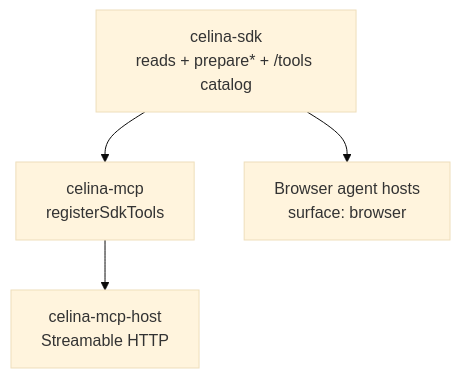
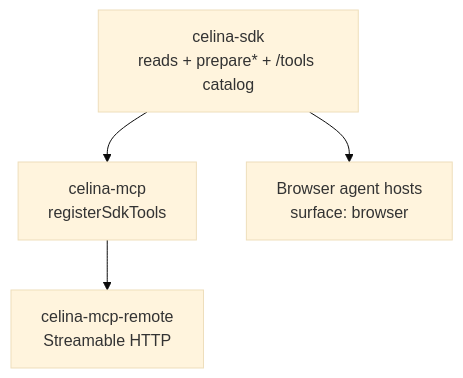
Before and after one commit to andrewkimjoseph/celina-sdk: the second of 2 diagrams in docs/concepts/architecture.md, drawn with Mermaid (base theme). The commit also changed other lines of this file and 2 other files, not shown here.

Commit message:
docs: rename celina-mcp-host references to celina-mcp-remote

````diff
--- a/docs/concepts/architecture.md
+++ b/docs/concepts/architecture.md
@@ -45,11 +45,11 @@
 ```mermaid
 flowchart TB
   sdk["celina-sdk<br/>reads + prepare* + /tools catalog"]
   mcp["celina-mcp<br/>registerSdkTools"]
-  host["celina-mcp-host<br/>Streamable HTTP"]
+  host["celina-mcp-remote<br/>Streamable HTTP"]
   browser["Browser agent hosts<br/>surface: browser"]
 
   sdk --> mcp
   mcp --> host
   sdk --> browser
 ```
````
